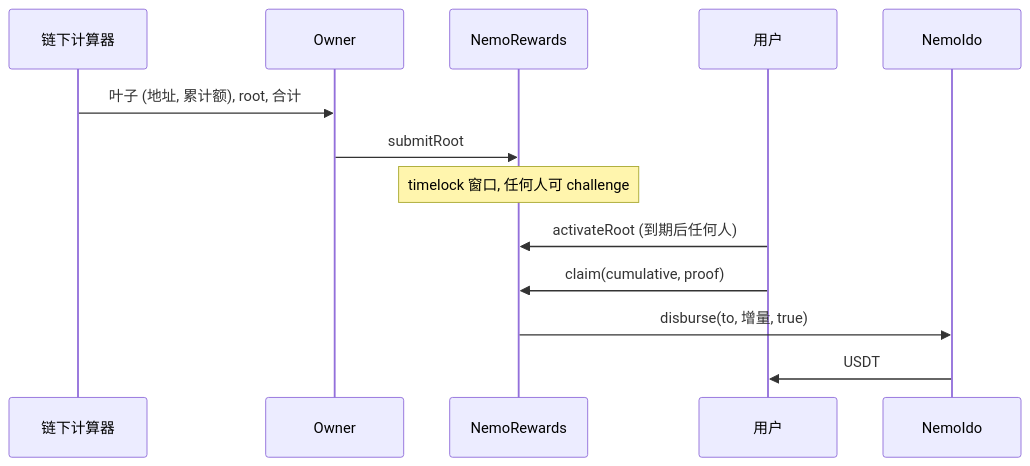
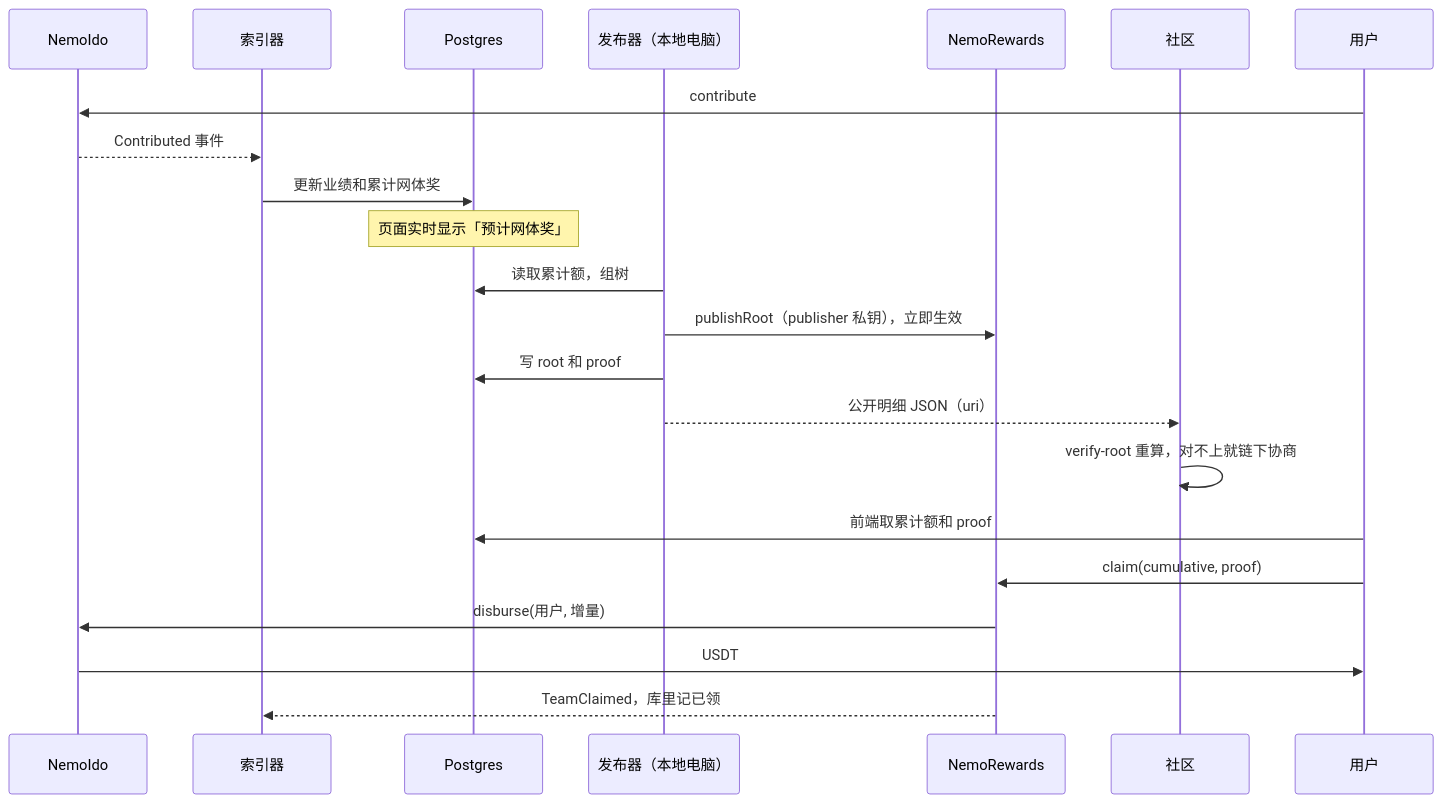
Before and after one commit to freedaocrypto/nemoido: the second of 2 diagrams in FUNCTIONAL-REPORT.md, drawn with Mermaid. The commit also changed other lines of this file and 44 other files, not shown here.

````diff
--- a/FUNCTIONAL-REPORT.md
+++ b/FUNCTIONAL-REPORT.md
@@ -149,15 +224,24 @@
 ```mermaid
 sequenceDiagram
-  participant Calc as 链下计算器
-  participant Owner
+  participant V as NemoIdo
+  participant I as 索引器
+  participant DB as Postgres
+  participant P as 发布器（本地电脑）
   participant R as NemoRewards
+  participant C as 社区
   participant U as 用户
-  participant V as NemoIdo
-  Calc->>Owner: 叶子 (地址, 累计额), root, 合计
-  Owner->>R: submitRoot
-  Note over R: timelock 窗口, 任何人可 challenge
-  U->>R: activateRoot (到期后任何人)
+  U->>V: contribute
+  V-->>I: Contributed 事件
+  I->>DB: 更新业绩和累计网体奖
+  Note over DB: 页面实时显示「预计网体奖」
+  P->>DB: 读取累计额，组树
+  P->>R: publishRoot（publisher 私钥），立即生效
+  P->>DB: 写 root 和 proof
+  P-->>C: 公开明细 JSON（uri）
+  C->>C: verify-root 重算，对不上就链下协商
+  U->>DB: 前端取累计额和 proof
   U->>R: claim(cumulative, proof)
-  R->>V: disburse(to, 增量, true)
+  R->>V: disburse(用户, 增量)
   V->>U: USDT
+  R-->>I: TeamClaimed，库里记已领
 ```
````
